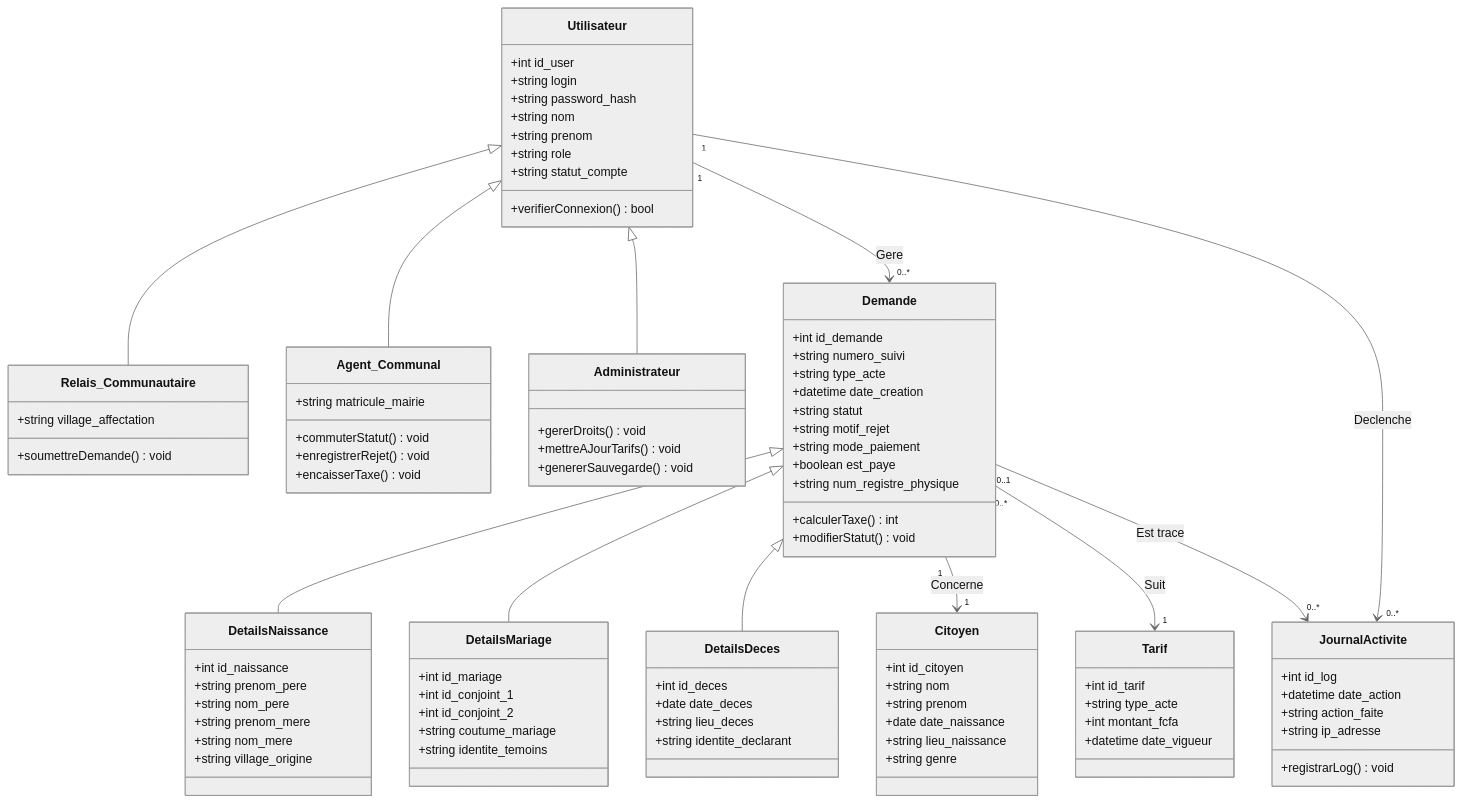
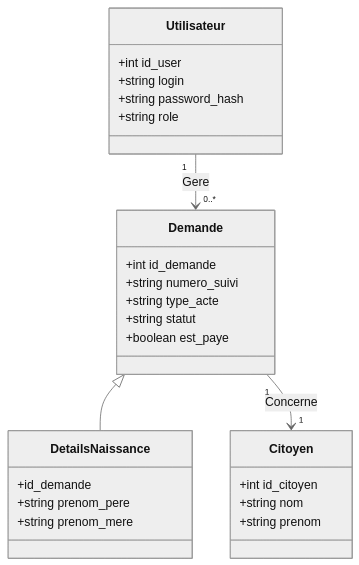
The second of 2 diagrams in conception/diagrammes.md (ELHADJI20032503/Civic-Tech-Niaguis), drawn with Mermaid (neutral theme) before and after one commit. The commit also changed other lines of this file, not shown here.

Commit message:
fix(uml): nettoyage syntaxique complet des diagrammes

````diff
--- a/conception/diagrammes.md
+++ b/conception/diagrammes.md
@@ -78,93 +49,27 @@
         +int id_user
         +string login
         +string password_hash
-        +string nom
-        +string prenom
         +string role
-        +string statut_compte
-        +verifierConnexion() bool
-    }
-    class Relais_Communautaire {
-        +string village_affectation
-        +soumettreDemande() void
-    }
-    class Agent_Communal {
-        +string matricule_mairie
-        +commuterStatut() void
-        +enregistrerRejet() void
-        +encaisserTaxe() void
-    }
-    class Administrateur {
-        +gererDroits() void
-        +mettreAJourTarifs() void
-        +genererSauvegarde() void
-    }
-    class Tarif {
-        +int id_tarif
-        +string type_acte
-        +int montant_fcfa
-        +datetime date_vigueur
     }
     class Demande {
         +int id_demande
         +string numero_suivi
         +string type_acte
-        +datetime date_creation
         +string statut
-        +string motif_rejet
-        +string mode_paiement
         +boolean est_paye
-        +string num_registre_physique
-        +calculerTaxe() int
-        +modifierStatut() void
     }
     class Citoyen {
         +int id_citoyen
         +string nom
         +string prenom
-        +date date_naissance
-        +string lieu_naissance
-        +string genre
     }
     class DetailsNaissance {
-        +int id_naissance
+        +id_demande
         +string prenom_pere
-        +string nom_pere
         +string prenom_mere
-        +string nom_mere
-        +string village_origine
-    }
-    class DetailsMariage {
-        +int id_mariage
-        +int id_conjoint_1
-        +int id_conjoint_2
-        +string coutume_mariage
-        +string identite_temoins
-    }
-    class DetailsDeces {
-        +int id_deces
-        +date date_deces
-        +string lieu_deces
-        +string identite_declarant
-    }
-    class JournalActivite {
-        +int id_log
-        +datetime date_action
-        +string action_faite
-        +string ip_adresse
-        +registrarLog() void
     }
 
-    Utilisateur <|-- Relais_Communautaire
-    Utilisateur <|-- Agent_Communal
-    Utilisateur <|-- Administrateur
     Demande <|-- DetailsNaissance
-    Demande <|-- DetailsMariage
-    Demande <|-- DetailsDeces
-
     Utilisateur "1" --> "0..*" Demande : Gere
     Demande "1" --> "1" Citoyen : Concerne
-    Demande "0..*" --> "1" Tarif : Suit
-    Utilisateur "1" --> "0..*" JournalActivite : Declenche
-    Demande "0..1" --> "0..*" JournalActivite : Est trace
 ```
````
